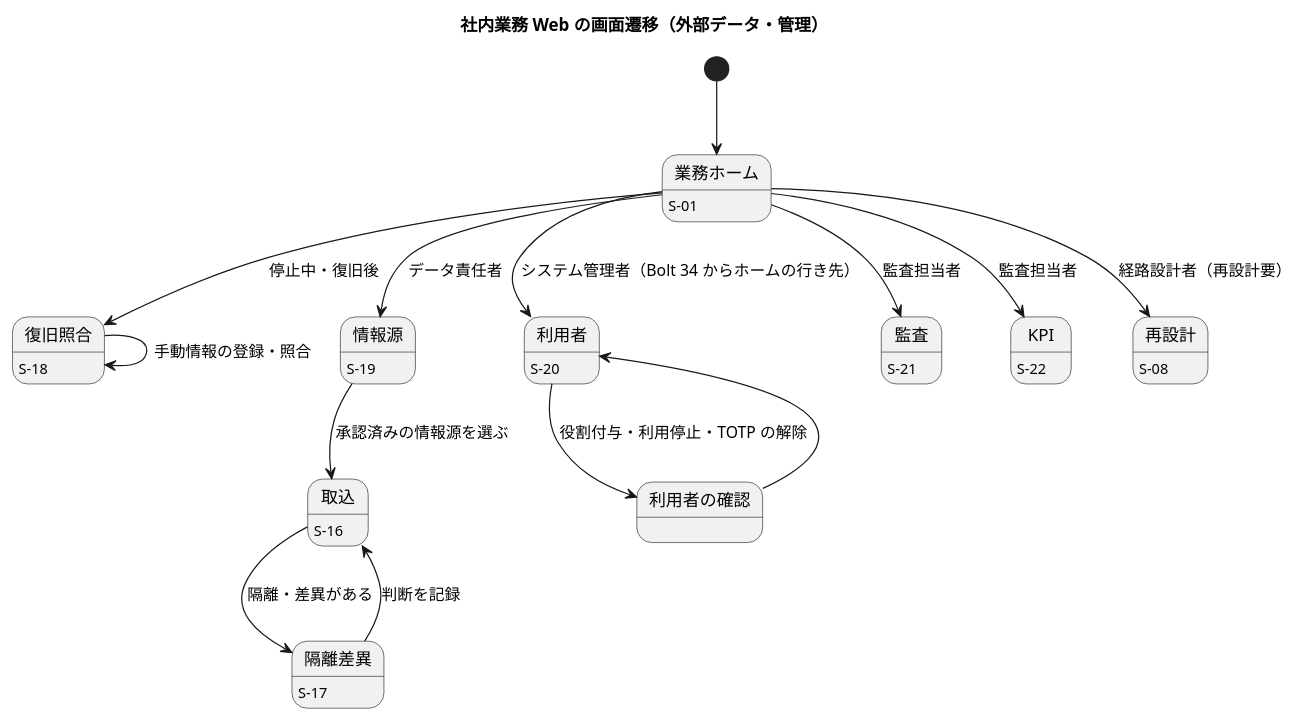
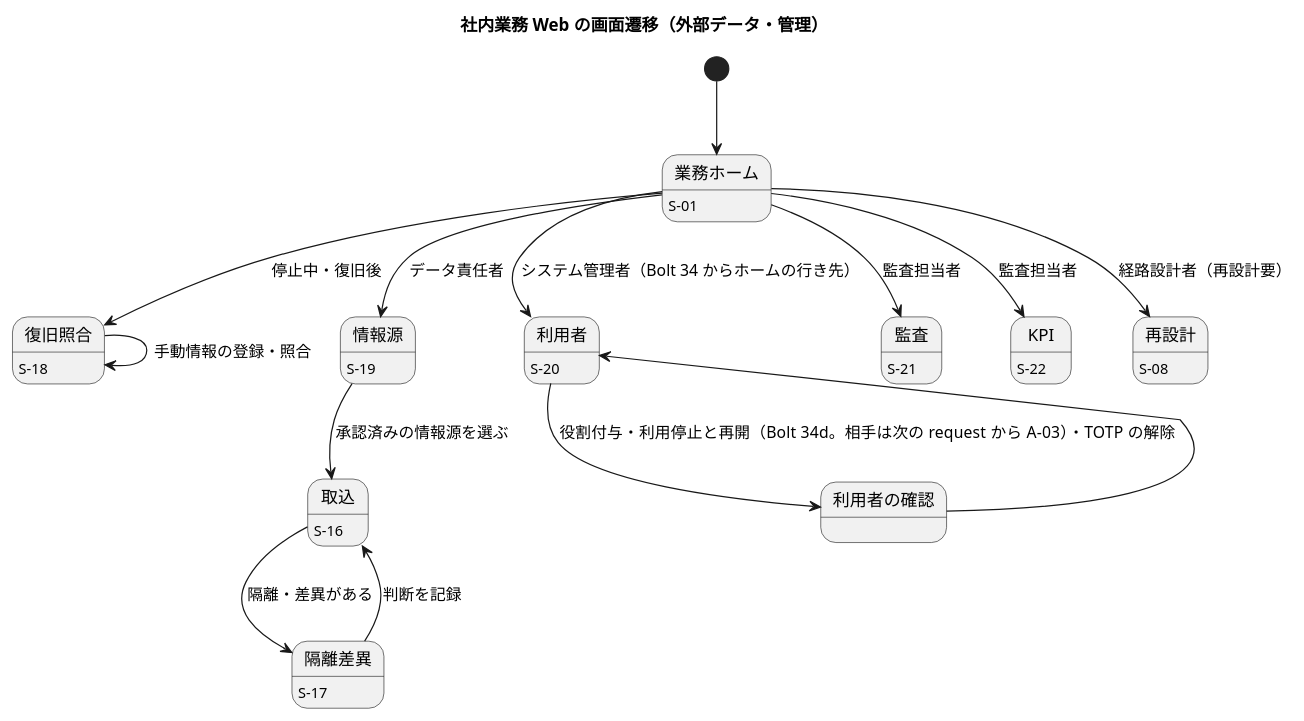
Before and after one commit to k2works/practical-domain-driven-design-in-enterpris-application: the seventh of 36 diagrams in docs/design/cargo-tracker/ui_design.md, drawn with PlantUML. The commit also changed other lines of this file and 8 other files, not shown here.

First line of the commit message:
docs(design): Bolt 34d の設計文書を更新する（利用停止と再開）

````diff
--- a/docs/design/cargo-tracker/ui_design.md
+++ b/docs/design/cargo-tracker/ui_design.md
@@ -481,28 +482,28 @@
 ```plantuml
 @startuml
 title 社内業務 Web の画面遷移（外部データ・管理）
 [*] --> 業務ホーム
 業務ホーム : S-01
 取込 : S-16
 隔離差異 : S-17
 復旧照合 : S-18
 情報源 : S-19
 利用者 : S-20
 監査 : S-21
 KPI : S-22
 再設計 : S-08
 
 業務ホーム --> 情報源 : データ責任者
 情報源 --> 取込 : 承認済みの情報源を選ぶ
 取込 --> 隔離差異 : 隔離・差異がある
 隔離差異 --> 取込 : 判断を記録
 業務ホーム --> 復旧照合 : 停止中・復旧後
 復旧照合 --> 復旧照合 : 手動情報の登録・照合
 業務ホーム --> 再設計 : 経路設計者（再設計要）
 業務ホーム --> 利用者 : システム管理者（Bolt 34 からホームの行き先）
-利用者 --> 利用者の確認 : 役割付与・利用停止・TOTP の解除
+利用者 --> 利用者の確認 : 役割付与・利用停止と再開（Bolt 34d。相手は次の request から A-03）・TOTP の解除
 利用者の確認 --> 利用者
 業務ホーム --> 監査 : 監査担当者
 業務ホーム --> KPI : 監査担当者
 @enduml
 ```
````
